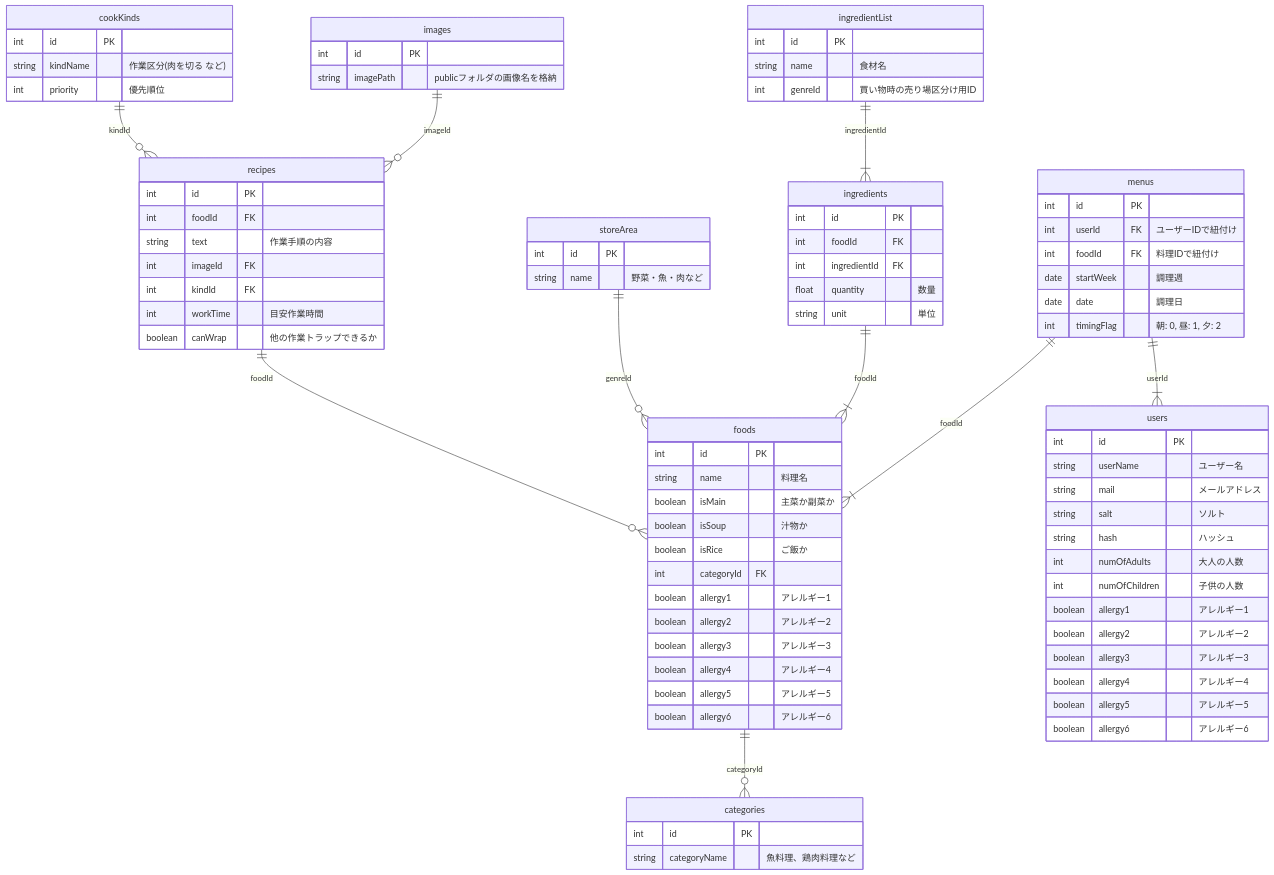
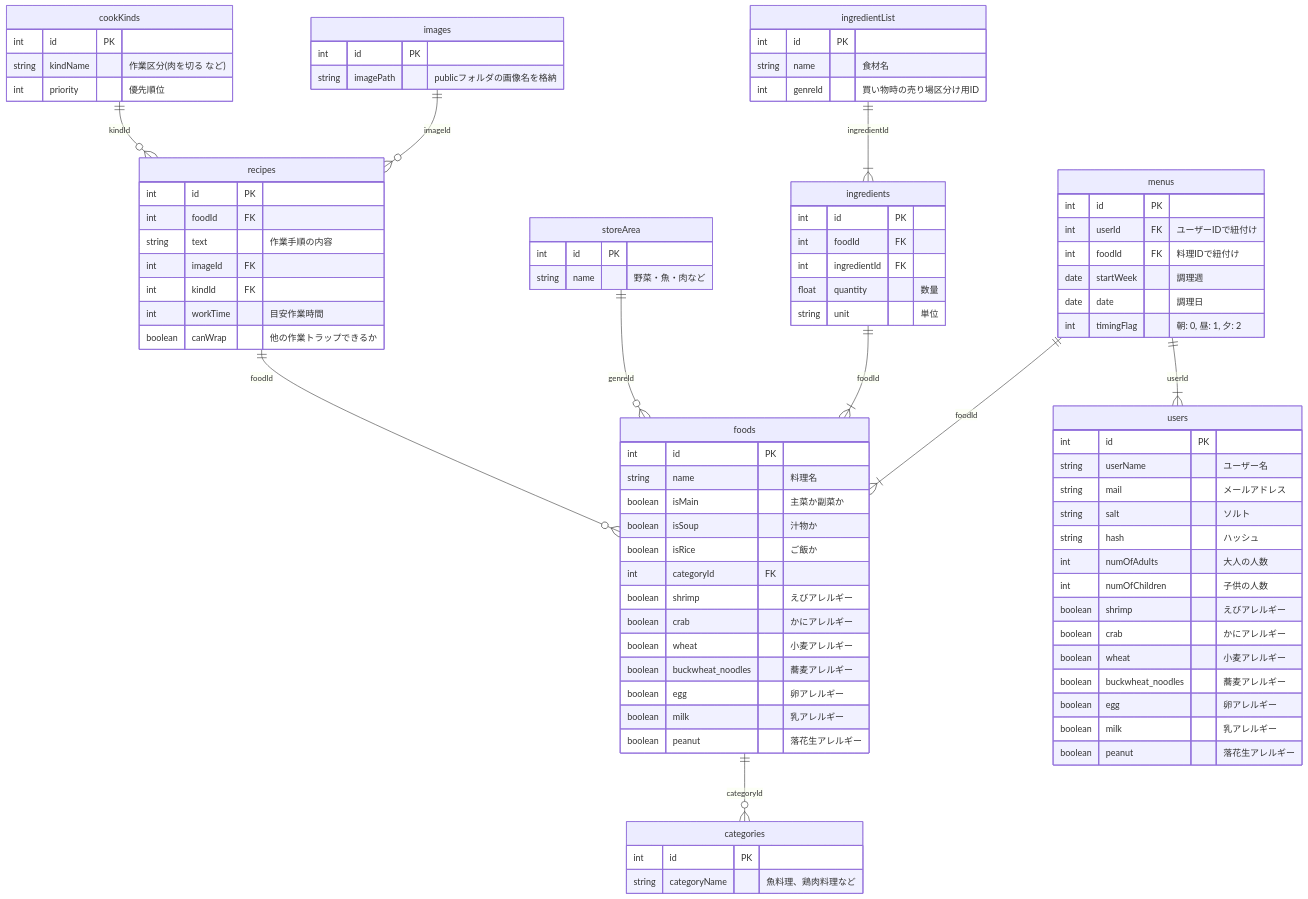
The diagram in README.md (team2wish/efficient), drawn with Mermaid before and after one commit. The commit also changed 2 other files, not shown here.

Commit message:
makeMigration users table

```diff
--- a/README.md
+++ b/README.md
@@ -73,12 +73,13 @@
         boolean isSoup "汁物か"
         boolean isRice "ご飯か"
         int categoryId FK
-        boolean allergy1 "アレルギー1"
-        boolean allergy2 "アレルギー2"
-        boolean allergy3 "アレルギー3"
-        boolean allergy4 "アレルギー4"
-        boolean allergy5 "アレルギー5"
-        boolean allergy6 "アレルギー6"
+        boolean shrimp "えびアレルギー"
+        boolean crab "かにアレルギー"
+        boolean wheat "小麦アレルギー"
+        boolean buckwheat_noodles "蕎麦アレルギー"
+        boolean egg "卵アレルギー"
+        boolean milk "乳アレルギー"
+        boolean peanut "落花生アレルギー"
     }
 
     categories {
@@ -94,12 +95,13 @@
       string hash "ハッシュ"
       int numOfAdults "大人の人数"
       int numOfChildren "子供の人数"
-      boolean allergy1 "アレルギー1"
-      boolean allergy2 "アレルギー2"
-      boolean allergy3 "アレルギー3"
-      boolean allergy4 "アレルギー4"
-      boolean allergy5 "アレルギー5"
-      boolean allergy6 "アレルギー6"
+      boolean shrimp "えびアレルギー"
+      boolean crab "かにアレルギー"
+      boolean wheat "小麦アレルギー"
+      boolean buckwheat_noodles "蕎麦アレルギー"
+      boolean egg "卵アレルギー"
+      boolean milk "乳アレルギー"
+      boolean peanut "落花生アレルギー"
     }
 
     menus {
```
